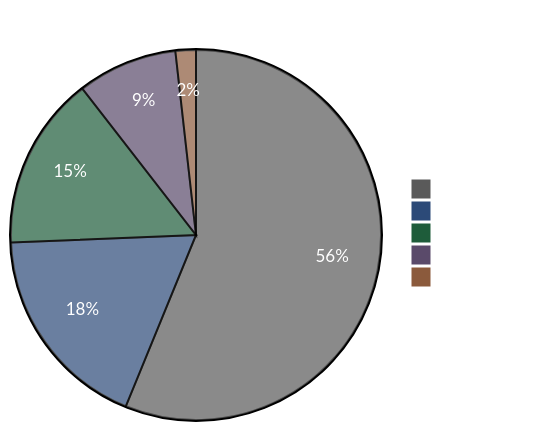
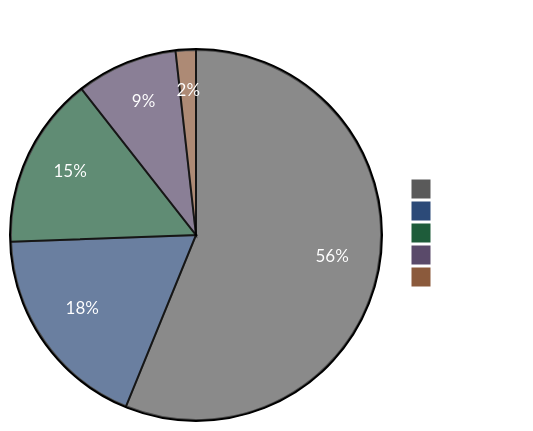
The diagram in README.md (ccmeteorljh/reco-arxiv-daily), drawn with Mermaid before and after one commit. The commit also changed other lines of this file and 7 other files, not shown here.

````diff
--- a/README.md
+++ b/README.md
@@ -6,19 +6,19 @@
 ```mermaid
 %%{init: {'theme':'base', 'themeVariables': {
   'pie1':'#5a5a5a',
   'pie2':'#2c4a78',
   'pie3':'#1e5c3a',
   'pie4':'#5a4a6a',
   'pie5':'#8b5a3c',
   'pieTitleTextColor':'#ffffff',
   'pieSectionTextColor':'#ffffff',
   'pieLegendTextColor':'#ffffff'
 }}}%%
 pie showData
 title Paper Distribution by Tag
-  "Other" : 631
-  "LLM" : 204
+  "Other" : 637
+  "LLM" : 207
   "GR" : 170
-  "Seq" : 98
+  "Seq" : 100
   "Scaling" : 20
 ```
````
